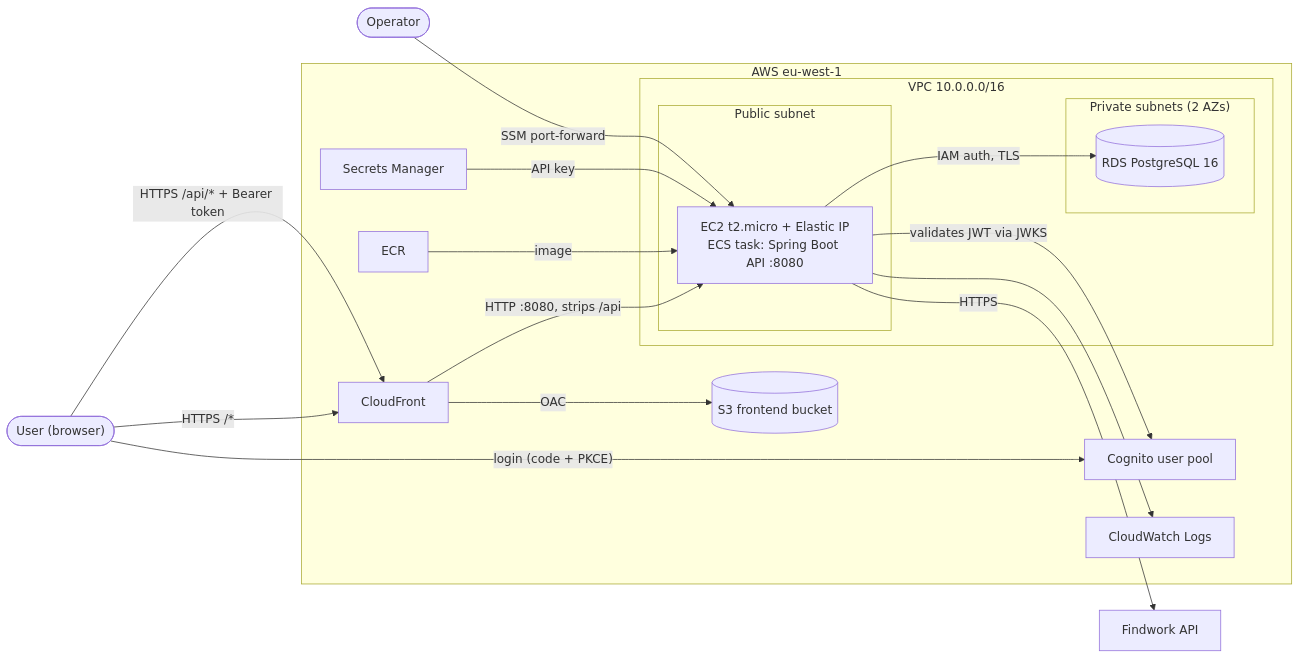
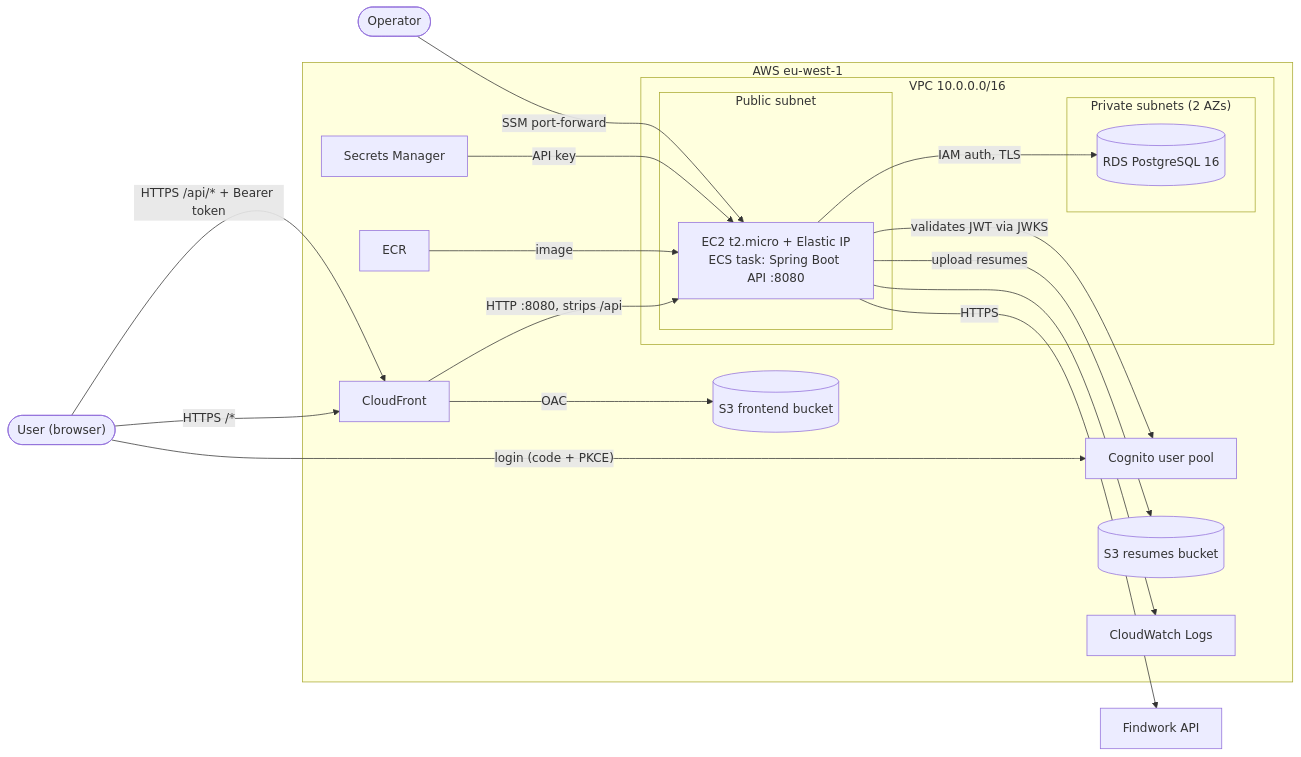
The diagram in INFRASTRUCTURE.md (ferranmarlet/job-scanner), drawn with Mermaid before and after one commit. The commit also changed other lines of this file and 2 other files, not shown here.

Commit message:
feat: add IaC for S3 bucket

````diff
--- a/INFRASTRUCTURE.md
+++ b/INFRASTRUCTURE.md
@@ -14,37 +14,39 @@
 ```mermaid
 flowchart LR
     user(["User (browser)"])
     operator(["Operator"])
     findwork["Findwork API"]
 
     subgraph aws["AWS eu-west-1"]
         cf["CloudFront"]
         s3[("S3 frontend bucket")]
         cognito["Cognito user pool"]
         ecr["ECR"]
         secret["Secrets Manager"]
+        resumes[("S3 resumes bucket")]
         logs["CloudWatch Logs"]
 
         subgraph vpc["VPC 10.0.0.0/16"]
             subgraph pub["Public subnet"]
                 ec2["EC2 t2.micro + Elastic IP<br/>ECS task: Spring Boot API :8080"]
             end
             subgraph priv["Private subnets (2 AZs)"]
                 rds[("RDS PostgreSQL 16")]
             end
         end
     end
 
     user -->|"HTTPS /*"| cf
     cf -->|"OAC"| s3
     user -->|"login (code + PKCE)"| cognito
     user -->|"HTTPS /api/* + Bearer token"| cf
     cf -->|"HTTP :8080, strips /api"| ec2
     ec2 -->|"IAM auth, TLS"| rds
     ec2 -->|"HTTPS"| findwork
     ec2 -->|"validates JWT via JWKS"| cognito
     ecr -->|"image"| ec2
     secret -->|"API key"| ec2
+    ec2 -->|"upload resumes"| resumes
     ec2 --> logs
     operator -->|"SSM port-forward"| ec2
 ```
````
